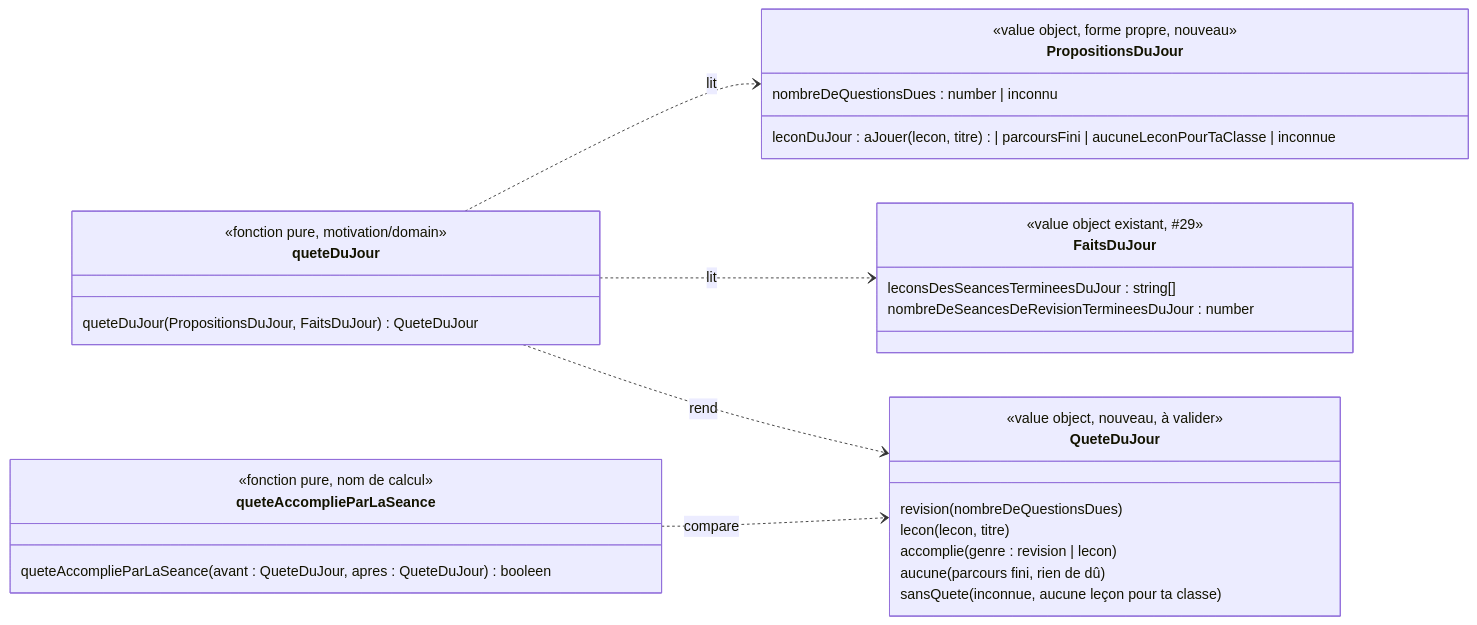
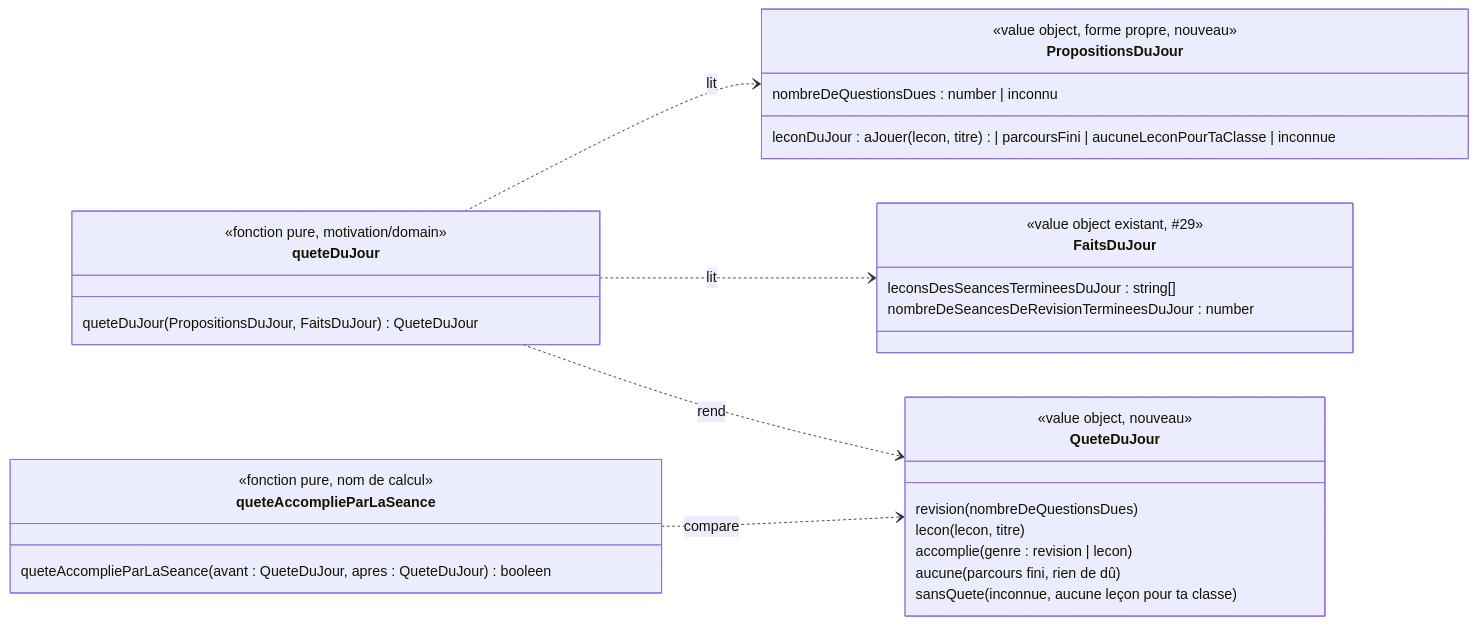
Before and after one commit to SBA-dev/github-move: the diagram in docs/stories/101/domain-model.md, drawn with Mermaid. The commit also changed other lines of this file, not shown here.

````diff
--- a/docs/stories/101/domain-model.md
+++ b/docs/stories/101/domain-model.md
@@ -72,34 +72,34 @@
 ```mermaid
 classDiagram
   direction LR
   class PropositionsDuJour {
     <<value object, forme propre, nouveau>>
     leconDuJour : aJouer(lecon, titre) | parcoursFini | aucuneLeconPourTaClasse | inconnue
     nombreDeQuestionsDues : number | inconnu
   }
   class FaitsDuJour {
     <<value object existant, #29>>
     leconsDesSeancesTermineesDuJour : string[]
     nombreDeSeancesDeRevisionTermineesDuJour : number
   }
   class QueteDuJour {
-    <<value object, nouveau, à valider>>
+    <<value object, nouveau>>
     revision(nombreDeQuestionsDues)
     lecon(lecon, titre)
     accomplie(genre : revision | lecon)
     aucune (parcours fini, rien de dû)
     sansQuete (inconnue, aucune leçon pour ta classe)
   }
   class queteDuJour {
     <<fonction pure, motivation/domain>>
     queteDuJour(PropositionsDuJour, FaitsDuJour) QueteDuJour
   }
   class queteAccomplieParLaSeance {
     <<fonction pure, nom de calcul>>
     queteAccomplieParLaSeance(avant : QueteDuJour, apres : QueteDuJour) booleen
   }
   queteDuJour ..> PropositionsDuJour : lit
   queteDuJour ..> FaitsDuJour : lit
   queteDuJour ..> QueteDuJour : rend
   queteAccomplieParLaSeance ..> QueteDuJour : compare
 ```
````
